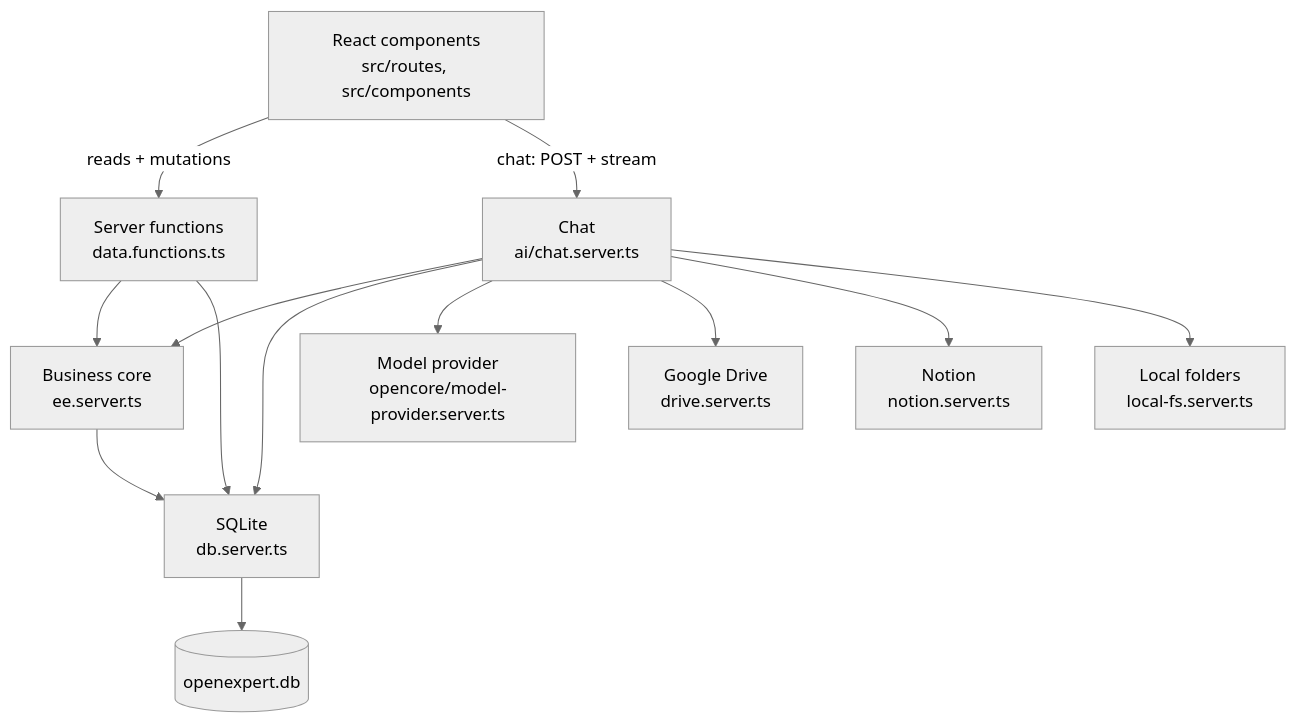
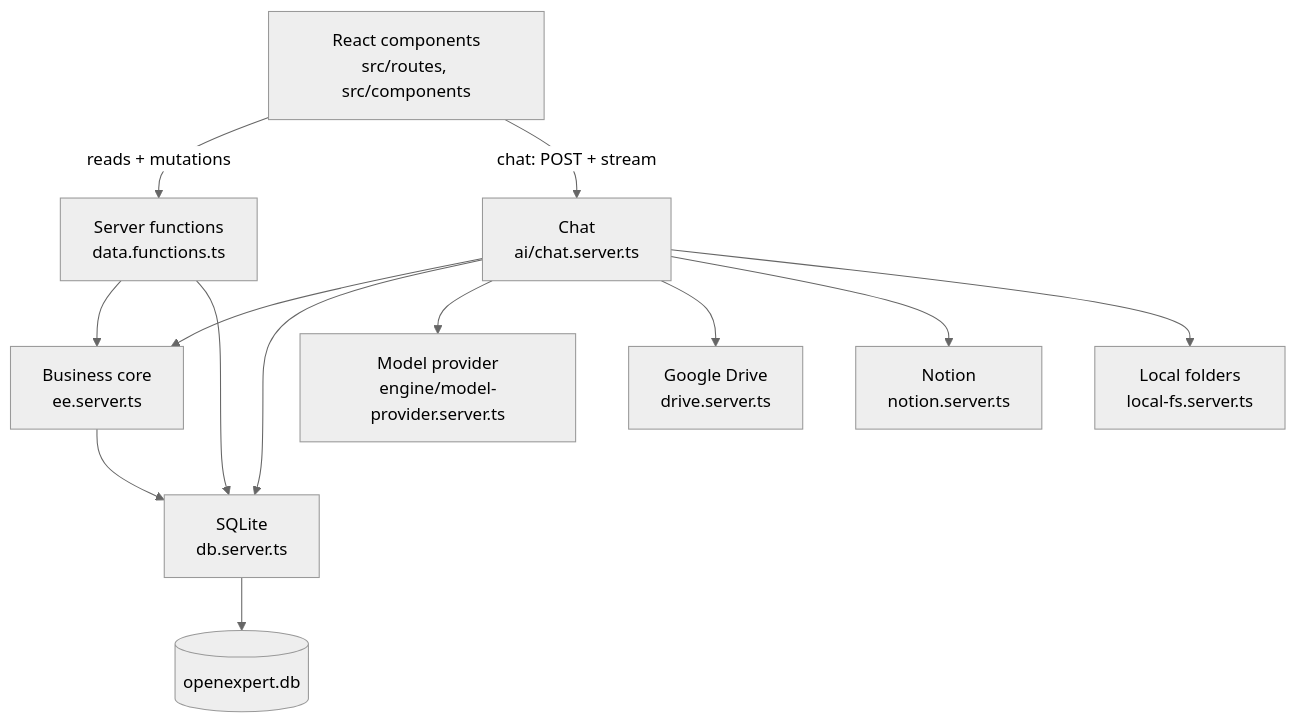
Before and after one commit to OpenExpert-ai/OpenExpert: the first of 2 diagrams in docs/en/02-architecture.md, drawn with Mermaid (neutral theme). The commit also changed other lines of this file and 33 other files, not shown here.

````diff
--- a/docs/en/02-architecture.md
+++ b/docs/en/02-architecture.md
@@ -26,26 +26,26 @@
 ```mermaid
 graph TD
     UI[React components<br/>src/routes, src/components]
     SF[Server functions<br/>data.functions.ts]
     EE[Business core<br/>ee.server.ts]
     DB[SQLite<br/>db.server.ts]
     CHAT[Chat<br/>ai/chat.server.ts]
-    MODEL[Model provider<br/>opencore/model-provider.server.ts]
+    MODEL[Model provider<br/>engine/model-provider.server.ts]
     DRV[Google Drive<br/>drive.server.ts]
     NOT[Notion<br/>notion.server.ts]
     LOC[Local folders<br/>local-fs.server.ts]
     FILE[(openexpert.db)]
 
     UI -->|reads + mutations| SF
     UI -->|chat: POST + stream| CHAT
     SF --> EE
     SF --> DB
     CHAT --> EE
     CHAT --> DB
     CHAT --> MODEL
     CHAT --> DRV
     CHAT --> NOT
     CHAT --> LOC
     EE --> DB
     DB --> FILE
 ```
````
